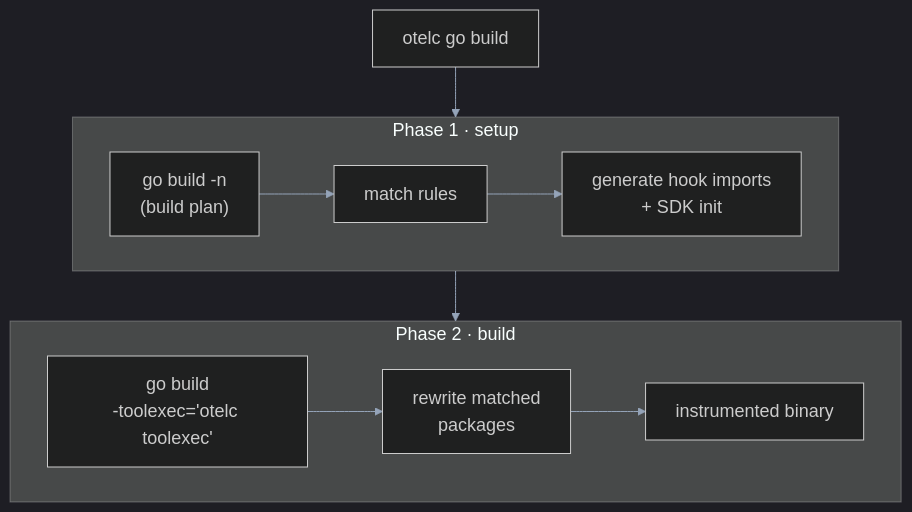
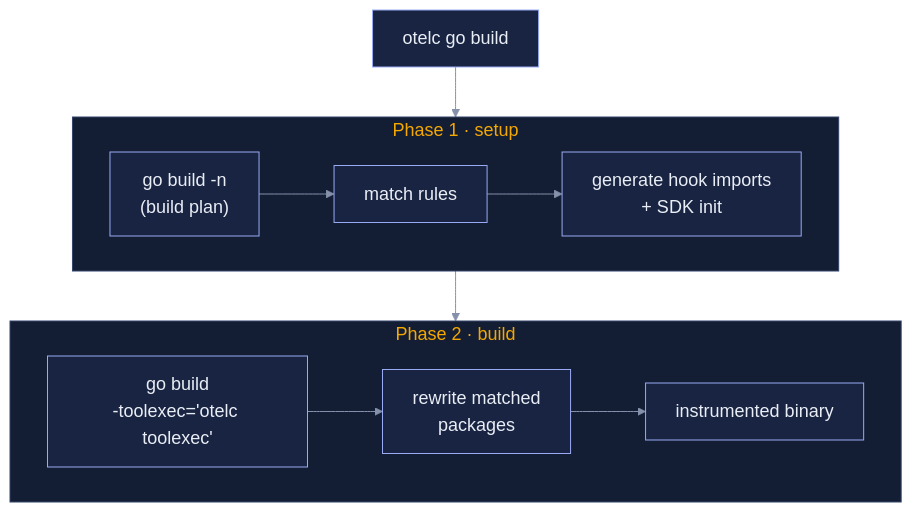
One commit to kakkoyun/otel-night-berlin-2026 changed the diagram in diagrams/otelc-phases.mmd. Above: the diagram before and after it, drawn with Mermaid. The commit also changed 8 other files, not shown here.

First line of the commit message:
feat(diagrams): render Mermaid diagrams in the deck palette

```diff
--- a/diagrams/otelc-phases.mmd
+++ b/diagrams/otelc-phases.mmd
@@ -1,13 +1,13 @@
-%%{init: {'theme':'dark','themeVariables':{'fontSize':'18px','primaryColor':'#243044','primaryTextColor':'#e8edf3','primaryBorderColor':'#818cf8','lineColor':'#94a3b8','secondaryColor':'#1a2332','tertiaryColor':'#0f1729','actorBkg':'#243044','actorBorder':'#818cf8','actorTextColor':'#e8edf3','signalColor':'#e8edf3','signalTextColor':'#e8edf3','noteBkgColor':'#f5a623','noteTextColor':'#0f1729','loopTextColor':'#e8edf3','labelTextColor':'#e8edf3'}}}%%
+%%{init: {'theme':'base','fontFamily':'Helvetica,Arial,sans-serif','themeVariables':{'fontFamily':'Helvetica,Arial,sans-serif','fontSize':'18px','background':'#0d1526','mainBkg':'#182441','primaryColor':'#182441','primaryTextColor':'#e9edf5','primaryBorderColor':'#9aabf5','nodeBorder':'#9aabf5','textColor':'#e9edf5','lineColor':'#8591ab','secondaryColor':'#131d33','tertiaryColor':'#131d33','clusterBkg':'#131d33','clusterBorder':'#34446a','titleColor':'#f5a800','edgeLabelBackground':'#0d1526','actorBkg':'#182441','actorBorder':'#9aabf5','actorTextColor':'#e9edf5','actorLineColor':'#34446a','signalColor':'#c5cddc','signalTextColor':'#e9edf5','labelBoxBkgColor':'#131d33','labelBoxBorderColor':'#f5a800','labelTextColor':'#f5a800','loopTextColor':'#e9edf5','noteBkgColor':'#f5a800','noteTextColor':'#0d1526','activationBkgColor':'#25324f','activationBorderColor':'#9aabf5','sequenceNumberColor':'#0d1526'}}}%%
 flowchart TB
   A["otelc go build"]
   subgraph Setup["Phase 1 · setup"]
     direction LR
     S1["go build -n<br/>(build plan)"] --> S2["match rules"] --> S3["generate hook imports<br/>+ SDK init"]
   end
   subgraph Build["Phase 2 · build"]
     direction LR
     B1["go build<br/>-toolexec='otelc toolexec'"] --> B2["rewrite matched<br/>packages"] --> B3["instrumented binary"]
   end
   A --> Setup
   Setup --> Build
```
